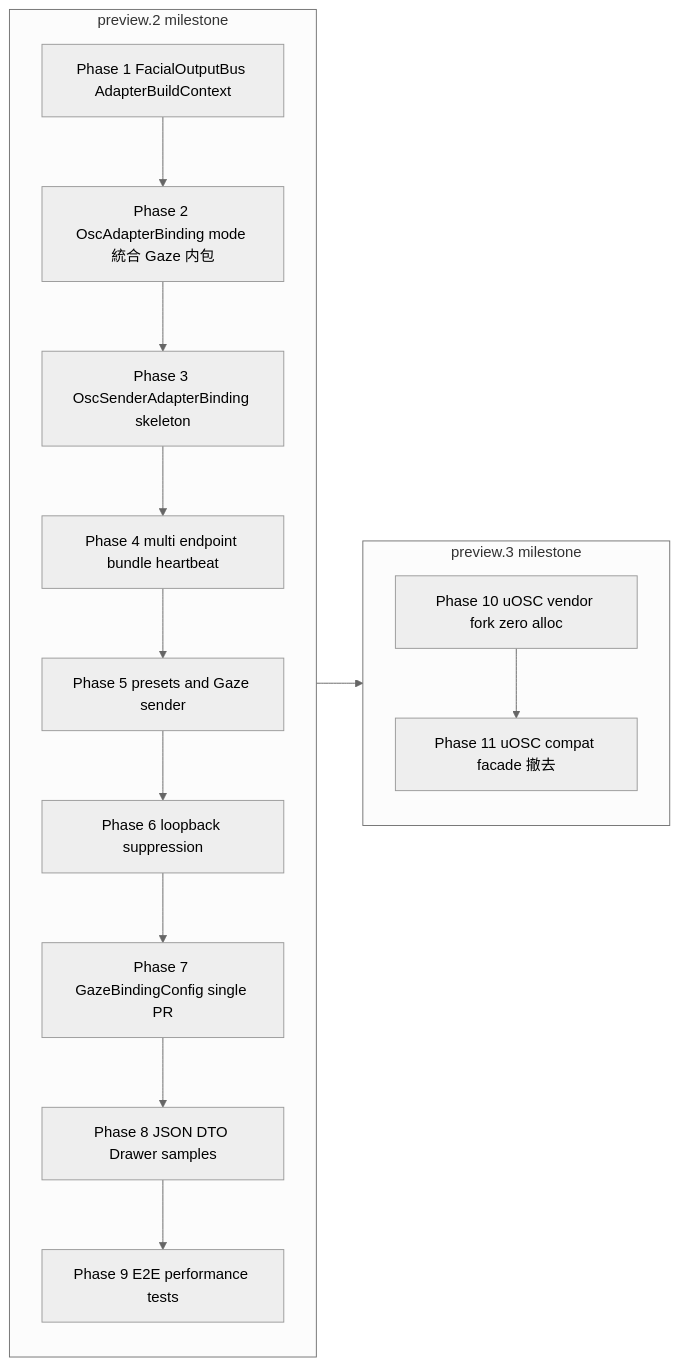
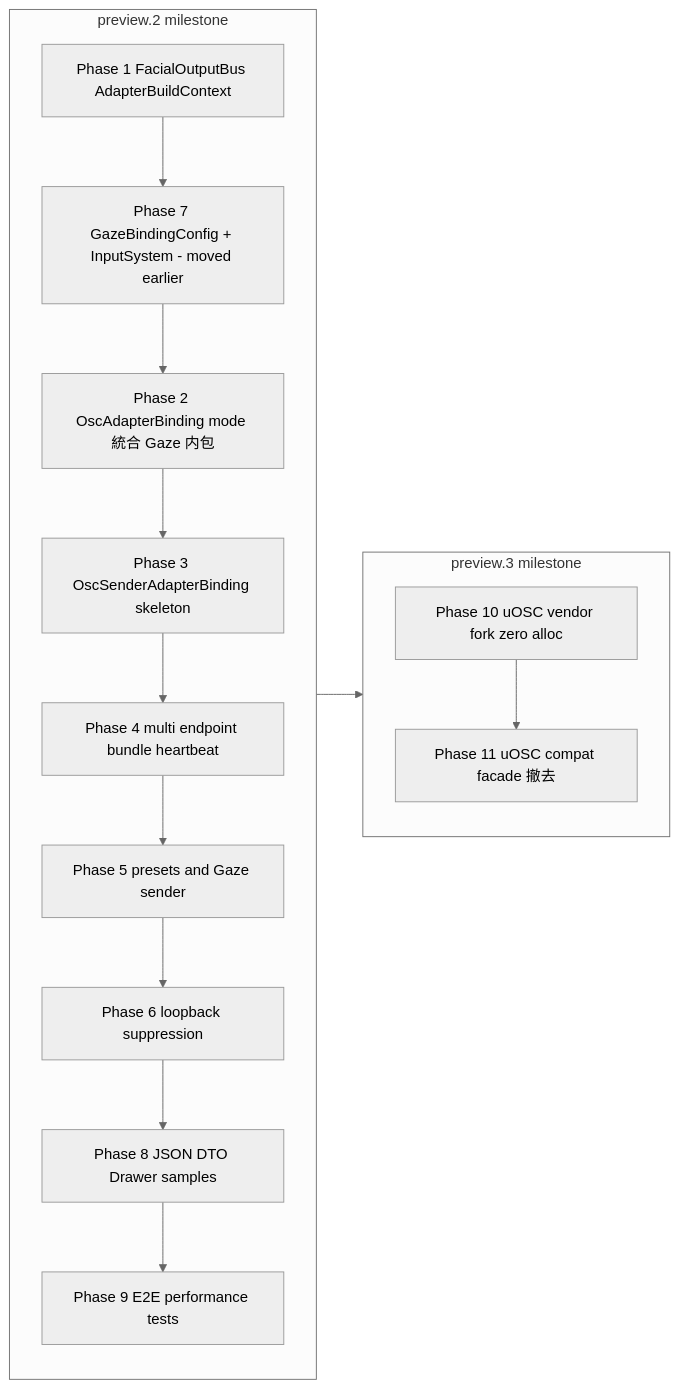
The fifth of 5 diagrams in .kiro/specs/osc-output-binding/design.md (UNVGI/UnvgiFacialControl), drawn with Mermaid (neutral theme) before and after one commit. The commit also changed other lines of this file and 3 other files, not shown here.

````diff
--- a/.kiro/specs/osc-output-binding/design.md
+++ b/.kiro/specs/osc-output-binding/design.md
@@ -950,21 +956,21 @@
 ```mermaid
 flowchart LR
     subgraph preview2[preview.2 milestone]
         P1[Phase 1 FacialOutputBus AdapterBuildContext]
+        P7[Phase 7 GazeBindingConfig + InputSystem - moved earlier]
         P2[Phase 2 OscAdapterBinding mode 統合 Gaze 内包]
         P3[Phase 3 OscSenderAdapterBinding skeleton]
         P4[Phase 4 multi endpoint bundle heartbeat]
         P5[Phase 5 presets and Gaze sender]
         P6[Phase 6 loopback suppression]
-        P7[Phase 7 GazeBindingConfig single PR]
         P8[Phase 8 JSON DTO Drawer samples]
         P9[Phase 9 E2E performance tests]
-        P1 --> P2 --> P3 --> P4 --> P5 --> P6 --> P7 --> P8 --> P9
+        P1 --> P7 --> P2 --> P3 --> P4 --> P5 --> P6 --> P8 --> P9
     end
     subgraph preview3[preview.3 milestone]
         P10[Phase 10 uOSC vendor fork zero alloc]
         P11[Phase 11 uOSC compat facade 撤去]
         P10 --> P11
     end
     preview2 --> preview3
 ```
````
